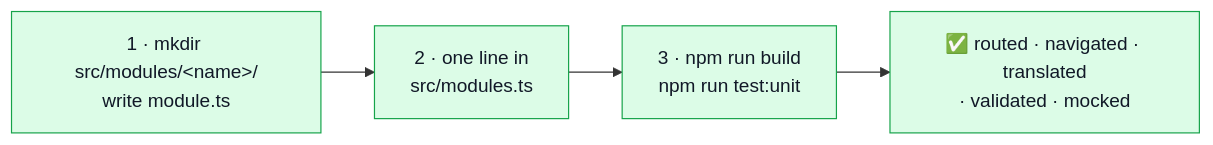
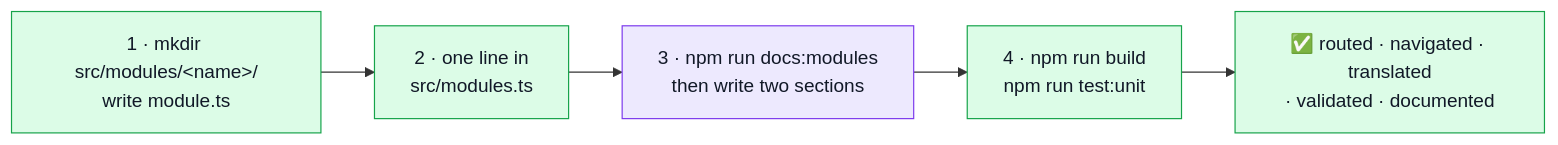
One commit to Guebbit/boilerplate-vue-frontend changed the second of 4 diagrams in docs/theory/module-lifecycle.md. Above: the diagram before and after it, drawn with Mermaid. The commit also changed other lines of this file and 38 other files, not shown here.

````diff
--- a/docs/theory/module-lifecycle.md
+++ b/docs/theory/module-lifecycle.md
@@ -46,9 +53,12 @@
 ```mermaid
 %%{init: {'flowchart': {'nodeSpacing': 40, 'rankSpacing': 45}}}%%
 flowchart LR
     A["1 · mkdir src/modules/&lt;name&gt;/<br/>write module.ts"] --> B["2 · one line in<br/>src/modules.ts"]
-    B --> C["3 · npm run build<br/>npm run test:unit"]
-    C --> D["✅ routed · navigated · translated<br/>· validated · mocked"]
+    B --> P["3 · npm run docs:modules<br/>then write two sections"]
+    P --> C["4 · npm run build<br/>npm run test:unit"]
+    C --> D["✅ routed · navigated · translated<br/>· validated · documented"]
     classDef s fill:#dcfce7,stroke:#16a34a,color:#111827;
+    classDef d fill:#ede9fe,stroke:#7c3aed,color:#111827;
     class A,B,C,D s;
+    class P d;
 ```
````
